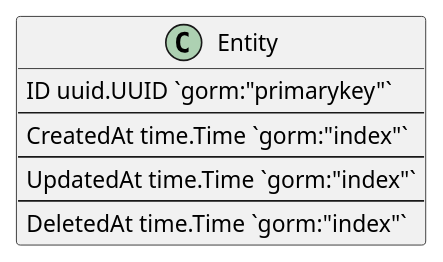
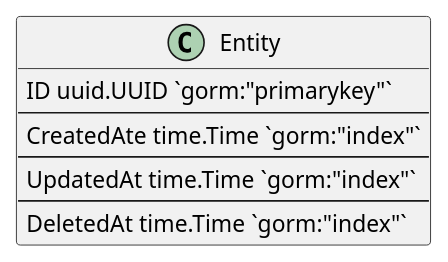
Before and after one commit to lf-edge/rol: the diagram in demo.puml, drawn with PlantUML.

```diff
--- a/demo.puml
+++ b/demo.puml
@@ -1,13 +1,13 @@
 @startuml Entity
 
 class Entity {
     ID uuid.UUID `gorm:"primarykey"`
     --
-    CreatedAt time.Time `gorm:"index"`
+    CreatedAte time.Time `gorm:"index"`
     --
     UpdatedAt time.Time `gorm:"index"`
     --
     DeletedAt time.Time `gorm:"index"`
 }
 
 @enduml
```
